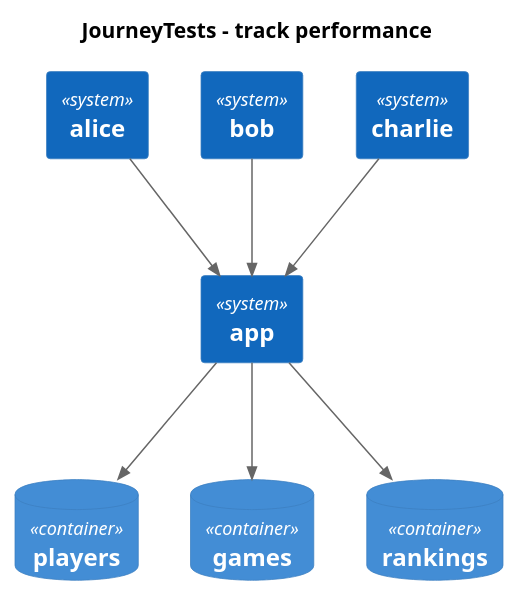
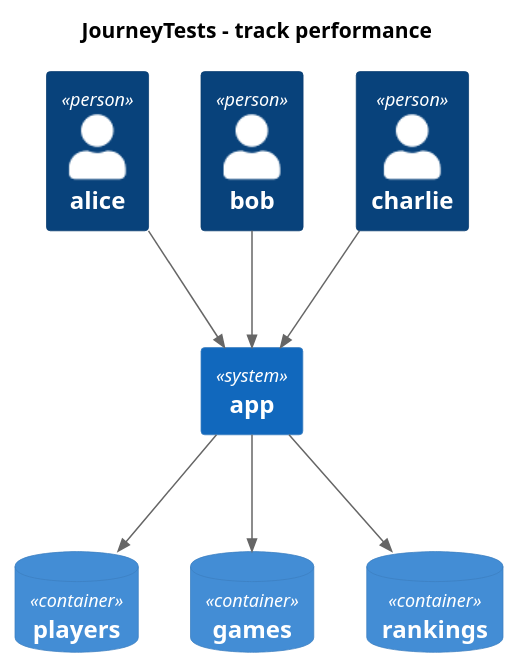
One commit to th3n3rd/http4k-playground changed the diagram in docs/system/generated/JourneyTests - track performance - Interactions.puml. Above: the diagram before and after it, drawn with PlantUML. The commit also changed 4 other files, not shown here.

Commit message:
Fix generated diagrams by adding tags to metadata so to mark players' traces

```diff
--- a/docs/system/generated/JourneyTests - track performance - Interactions.puml
+++ b/docs/system/generated/JourneyTests - track performance - Interactions.puml
@@ -1,20 +1,20 @@
 @startuml
 title JourneyTests - track performance
 
 !include https://raw.githubusercontent.com/plantuml-stdlib/C4-PlantUML/master/C4_Container.puml
 
 
-System(alice, "alice")
-System(bob, "bob")
-System(charlie, "charlie")
+Person(alice, "alice")
+Person(bob, "bob")
+Person(charlie, "charlie")
 System(app, "app")
 ContainerDb(players, "players")
 ContainerDb(games, "games")
 ContainerDb(rankings, "rankings")    
 Rel_D(alice, app, " ") 
 Rel_D(app, players, " ") 
 Rel_D(app, games, " ") 
 Rel_D(app, rankings, " ") 
 Rel_D(bob, app, " ") 
 Rel_D(charlie, app, " ")     
 @enduml
```
